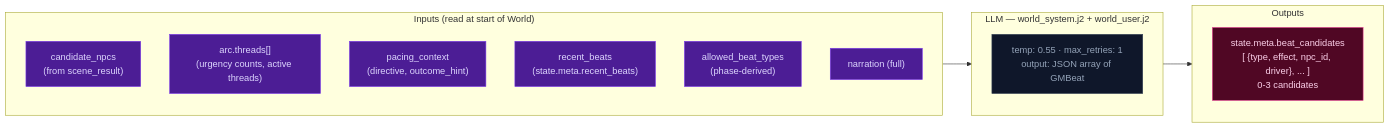
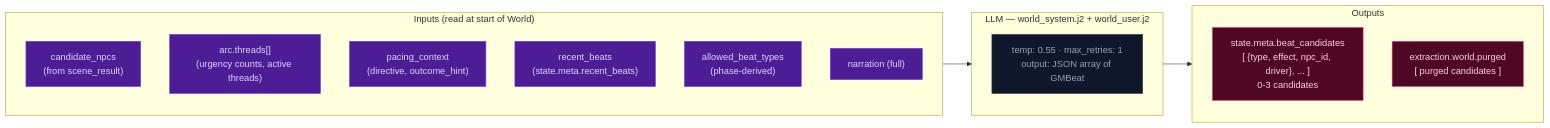
The diagram in docs/architecture/step2d-world.md (pww217/fablethread), drawn with Mermaid before and after one commit. The commit also changed other lines of this file and 8 other files, not shown here.

````diff
--- a/docs/architecture/step2d-world.md
+++ b/docs/architecture/step2d-world.md
@@ -13,25 +13,26 @@
 ```mermaid
 flowchart LR
     classDef llmNode fill:#0f172a,color:#94a3b8,stroke:#334155
     classDef xstream fill:#4c1d95,color:#ddd6fe,stroke:#7c3aed
     classDef outNode fill:#500724,color:#fbcfe8,stroke:#ec4899
 
     subgraph IN["Inputs (read at start of World)"]
         S1["candidate_npcs<br>(from scene_result)"]:::xstream
         S2["arc.threads[]<br>(urgency counts, active threads)"]:::xstream
         S3["pacing_context<br>(directive, outcome_hint)"]:::xstream
         S4["recent_beats<br>(state.meta.recent_beats)"]:::xstream
         S5["allowed_beat_types<br>(phase-derived)"]:::xstream
         S6["narration (full)"]:::xstream
     end
 
     subgraph LLM["LLM — world_system.j2 + world_user.j2"]
         WL["temp: 0.55 · max_retries: 1<br>output: JSON array of GMBeat"]:::llmNode
     end
 
     subgraph OUT["Outputs"]
         O1["state.meta.beat_candidates<br>[ {type, effect, npc_id, driver}, ... ]<br>0-3 candidates"]:::outNode
+        O2["extraction.world.purged<br>[ purged candidates ]"]:::outNode
     end
 
     IN --> LLM --> OUT
 ```
````
